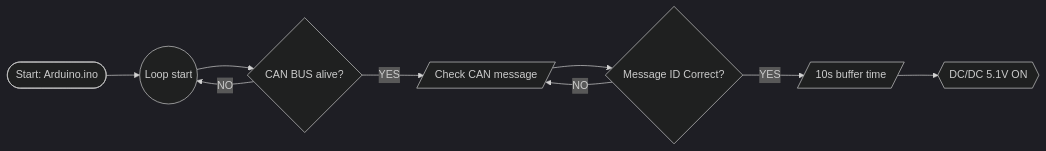
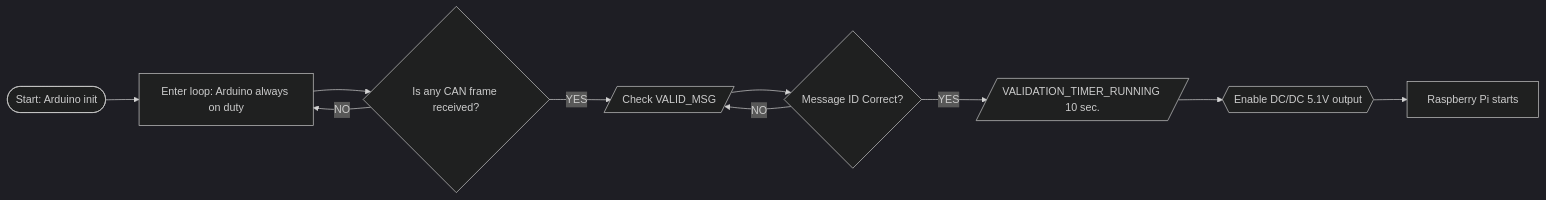
Before and after one commit to martis2580/Outdated-Volvo-Nav-Retrofit: the third of 3 diagrams in README.md, drawn with Mermaid (dark theme). The commit also changed other lines of this file, not shown here.

Commit message:
Update README with Arduino watchdog and shutdown details
Clarified the role of the Arduino in safely shutting down the Raspberry Pi and added details about the new watchdog feature that monitors CAN traffic before booting the Raspberry Pi.

````diff
--- a/README.md
+++ b/README.md
@@ -93,11 +95,12 @@
 ```mermaid
 flowchart LR
-    A([Start: Arduino.ino]) --> B@{ shape: circle, label: "Loop start" }
-    B --> C{CAN BUS alive?}
-    C -->|YES| D[/Check CAN message/]
+    A([Start: Arduino init]) --> B[Enter loop: Arduino always on duty]
+    B --> C{Is any CAN frame received?}
+    C -->|YES| D[/Check VALID_MSG/]
     C -->|NO| B
     D --> F{Message ID Correct?}
     F -->|NO| D
-    F -->|YES| G[/10s buffer time/]
-    G -->H@{ shape: hex, label: "DC/DC 5.1V ON" }
+    F -->|YES| G[/VALIDATION_TIMER_RUNNING 10 sec. /]
+    G -->H@{ shape: hex, label: "Enable DC/DC 5.1V output" }
+    H -->J[Raspberry Pi starts]
 ```
````
